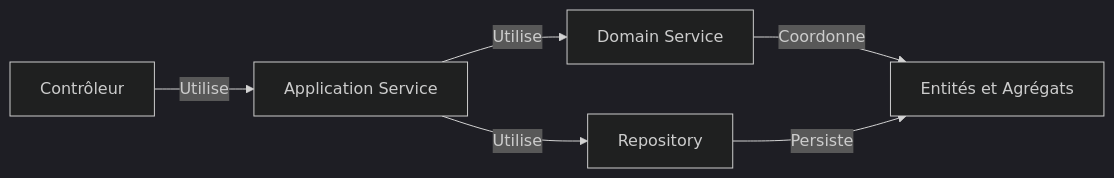
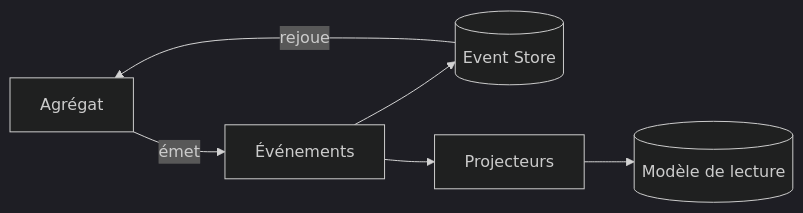
Before and after one commit to Tan-Software/domain-driven-design: the ninth of 11 diagrams in README.md, drawn with Mermaid (dark theme). The commit also changed other lines of this file, not shown here.

````diff
--- a/README.md
+++ b/README.md
@@ -626,8 +412,8 @@
 ```mermaid
-	graph LR
-    A[Contrôleur] -- Utilise --> B[Application Service]
-    B -- Utilise --> C[Domain Service]
-    B -- Utilise --> D[Repository]
-    C -- Coordonne --> E[Entités et Agrégats]
-    D -- Persiste --> E
+graph LR
+    A[Agrégat] -- émet --> B[Événements]
+    B --> C[(Event Store)]
+    B --> D[Projecteurs]
+    D --> E[(Modèle de lecture)]
+    C -- rejoue --> A
 ```
````
